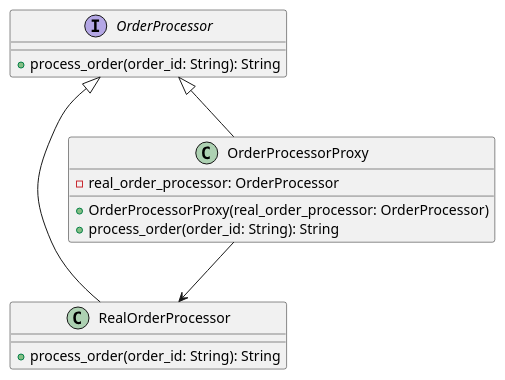
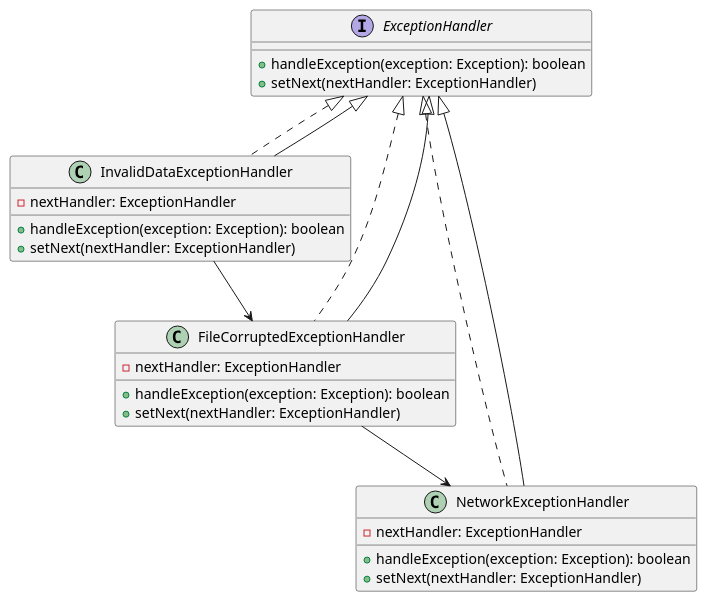
Before and after one commit to andrewovchinnikov/design-patterns: the diagram in klassifikaciya-patternov/povedencheskie-patterny-behavioral-patterns/cepochka-obyazannostei-chain-of-responsibility/primery/obrabotka-isklyuchenii/python.md, drawn with PlantUML. The commit also changed other lines of this file and 1 other file, not shown here.

````diff
--- a/klassifikaciya-patternov/povedencheskie-patterny-behavioral-patterns/cepochka-obyazannostei-chain-of-responsibility/primery/obrabotka-isklyuchenii/python.md
+++ b/klassifikaciya-patternov/povedencheskie-patterny-behavioral-patterns/cepochka-obyazannostei-chain-of-responsibility/primery/obrabotka-isklyuchenii/python.md
@@ -85,21 +14,32 @@
 ```plantuml
 @startuml
-interface OrderProcessor {
-    +process_order(order_id: String): String
+interface ExceptionHandler {
+    +handleException(exception: Exception): boolean
+    +setNext(nextHandler: ExceptionHandler)
 }
 
-class RealOrderProcessor {
-    +process_order(order_id: String): String
+class InvalidDataExceptionHandler implements ExceptionHandler {
+    -nextHandler: ExceptionHandler
+    +handleException(exception: Exception): boolean
+    +setNext(nextHandler: ExceptionHandler)
 }
 
-class OrderProcessorProxy {
-    -real_order_processor: OrderProcessor
-    +OrderProcessorProxy(real_order_processor: OrderProcessor)
-    +process_order(order_id: String): String
+class FileCorruptedExceptionHandler implements ExceptionHandler {
+    -nextHandler: ExceptionHandler
+    +handleException(exception: Exception): boolean
+    +setNext(nextHandler: ExceptionHandler)
 }
 
-OrderProcessor <|-- RealOrderProcessor
-OrderProcessor <|-- OrderProcessorProxy
-OrderProcessorProxy --> RealOrderProcessor
+class NetworkExceptionHandler implements ExceptionHandler {
+    -nextHandler: ExceptionHandler
+    +handleException(exception: Exception): boolean
+    +setNext(nextHandler: ExceptionHandler)
+}
+
+ExceptionHandler <|-- InvalidDataExceptionHandler
+ExceptionHandler <|-- FileCorruptedExceptionHandler
+ExceptionHandler <|-- NetworkExceptionHandler
+InvalidDataExceptionHandler --> FileCorruptedExceptionHandler
+FileCorruptedExceptionHandler --> NetworkExceptionHandler
 @enduml
 ```
````
